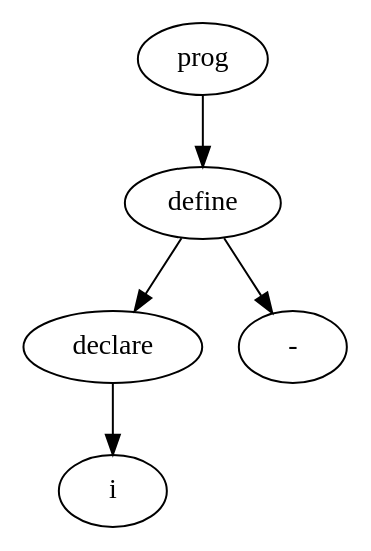
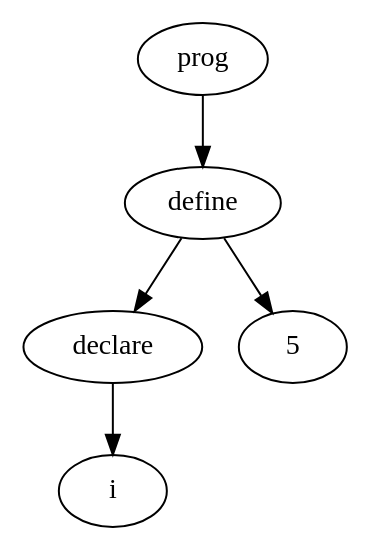
The diagram in AST.dot (sampieters/compiler), drawn with Graphviz before and after one commit. The commit also changed 16 other files, not shown here.

```diff
--- a/AST.dot
+++ b/AST.dot
@@ -1,11 +1,11 @@
 digraph AST {
 	node0[label="prog"]
 	node1[label="define"]
 	node0->node1
 	node2[label="declare"]
 	node1->node2
 	node3[label="i"]
 	node2->node3
-	node4[label="-"]
+	node4[label="5"]
 	node1->node4
 }
```
